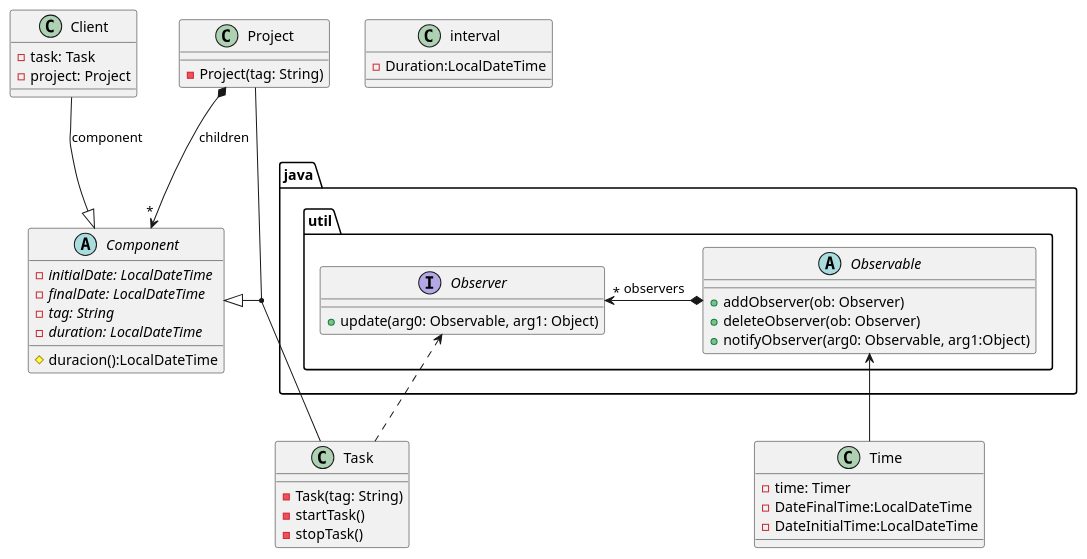
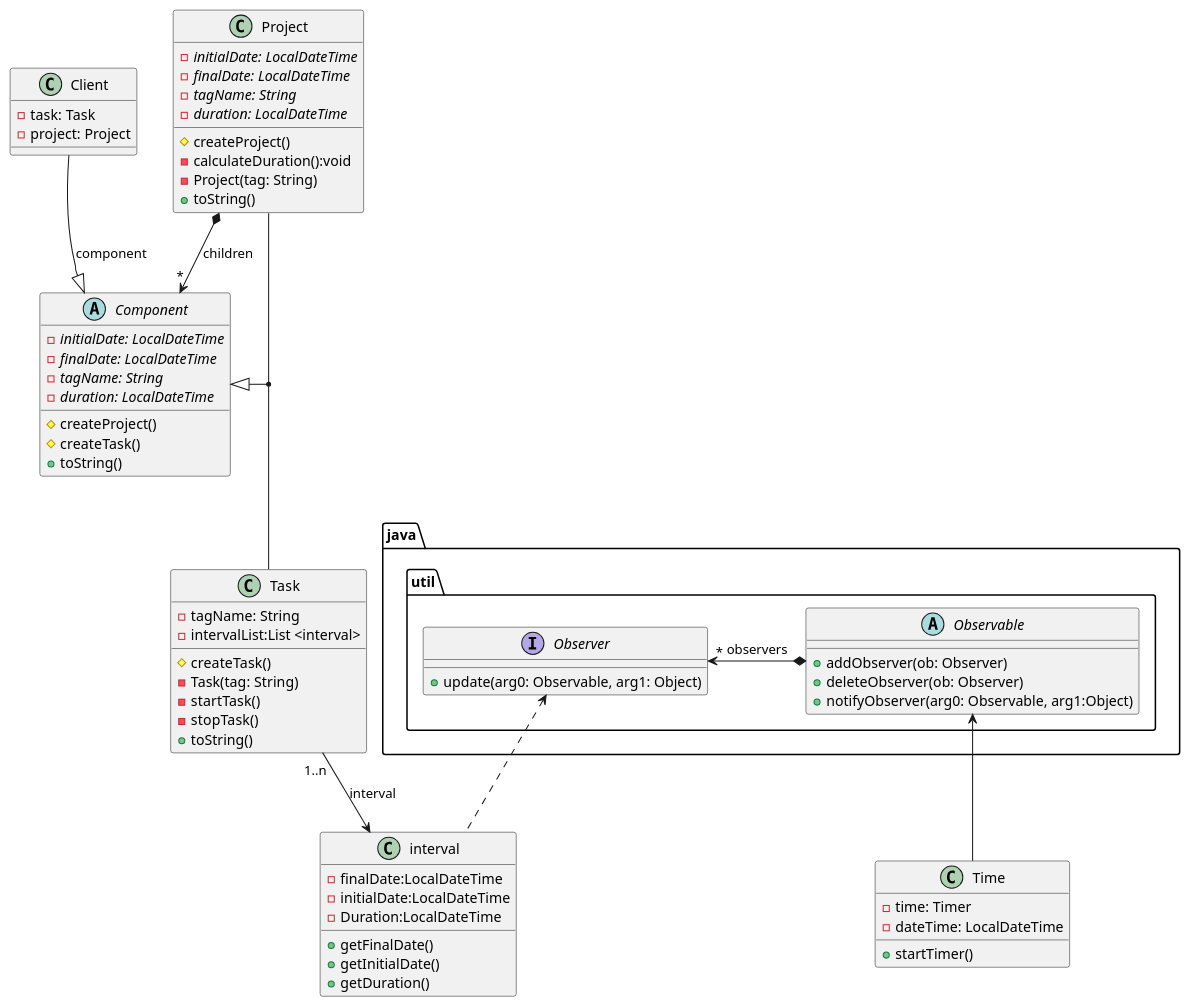
One commit to alekzihz/DS_TimeTracking changed the diagram in src/umlTimeTracking.puml. Above: the diagram before and after it, drawn with PlantUML.

```diff
--- a/src/umlTimeTracking.puml
+++ b/src/umlTimeTracking.puml
@@ -1,77 +1,91 @@
 @startuml
 'https://plantuml.com/class-diagram
 
 
 
 class Client{
     -task: Task
     -project: Project
 
 }
 abstract Component{
     {abstract}-initialDate: LocalDateTime
     {abstract}-finalDate: LocalDateTime
-    {abstract}- tag: String
+    {abstract}- tagName: String
     {abstract}- duration: LocalDateTime
 
 
-
-     #duracion():LocalDateTime
+     #createProject()
+     #createTask()
+     +toString()
 
 }
 class Project{
+    {abstract}-initialDate: LocalDateTime
+    {abstract}-finalDate: LocalDateTime
+    {abstract}- tagName: String
+    {abstract}- duration: LocalDateTime
+    #createProject()
+    -calculateDuration():void
+    -Project(tag: String)
+    +toString()
 
-    -Project(tag: String)
 
 }
 
 
 
 class Task {
-
+    -tagName: String
+    -intervalList:List <interval>
+    #createTask()
     -Task(tag: String)
     -startTask()
     -stopTask()
+    +toString()
+
 
 
 }
 class interval{
-
+    -finalDate:LocalDateTime
+    -initialDate:LocalDateTime
     -Duration:LocalDateTime
+    +getFinalDate()
+    +getInitialDate()
+    +getDuration()
 
 }
 
 package java.util{
     Abstract Observable
     {
        +addObserver(ob: Observer)
        +deleteObserver(ob: Observer)
        +notifyObserver(arg0: Observable, arg1:Object)
     }
 
     interface Observer {
 
         +update(arg0: Observable, arg1: Object)
 
 }
 }
 
 class Time {
     -time: Timer
-    -DateFinalTime:LocalDateTime
-    -DateInitialTime:LocalDateTime
-    
-
-
+    -dateTime: LocalDateTime
+    +startTimer()
 }
 
 Client --|> Component:component
 Project *--> "*"Component:children
 
 Component <|--down(Project,Task)
 Observable<--Time
-Observer<..Task
+Observer<..interval
 Observable*--left>"*"Observer:observers
+Task "1..n"--> interval:interval
 
 
 @enduml
```
